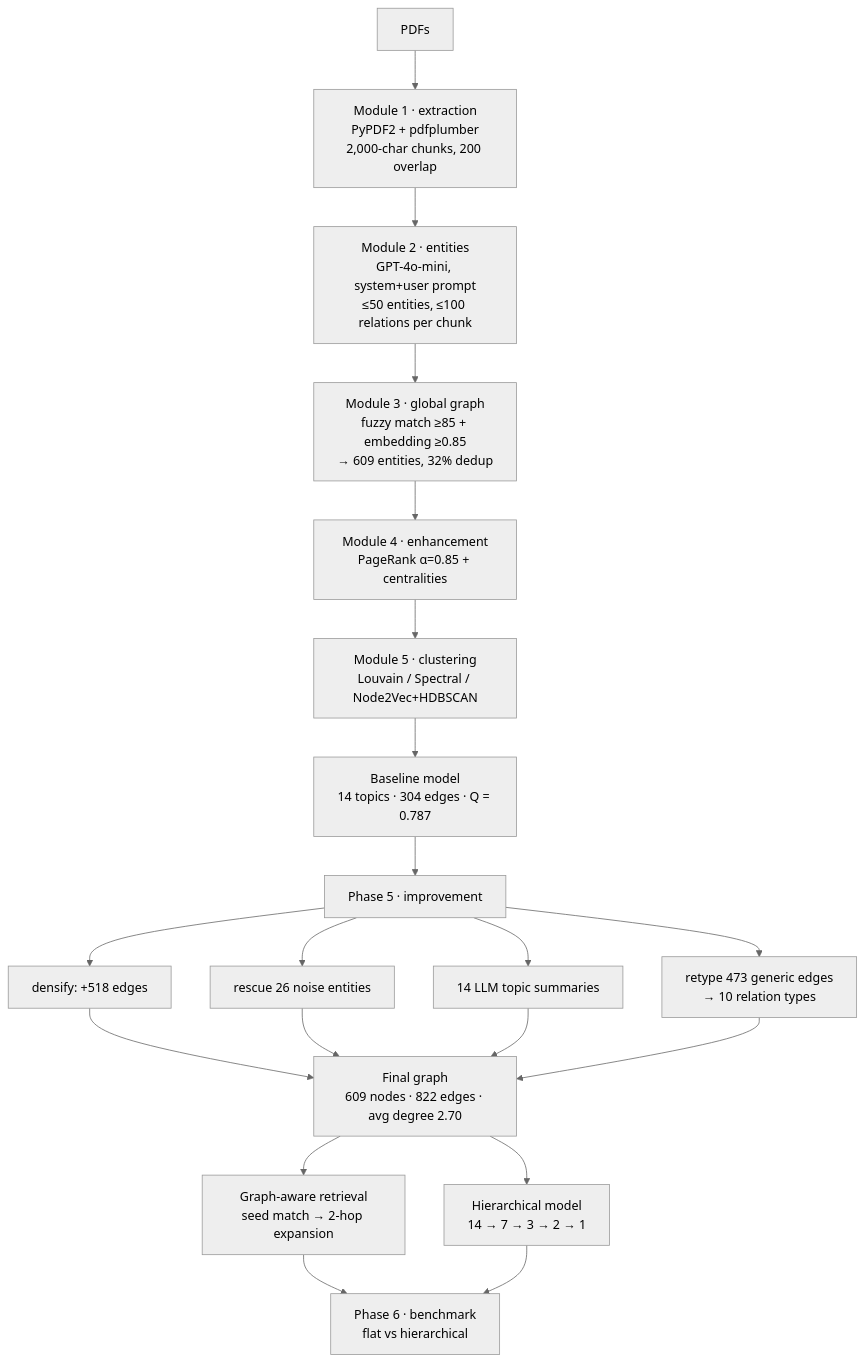
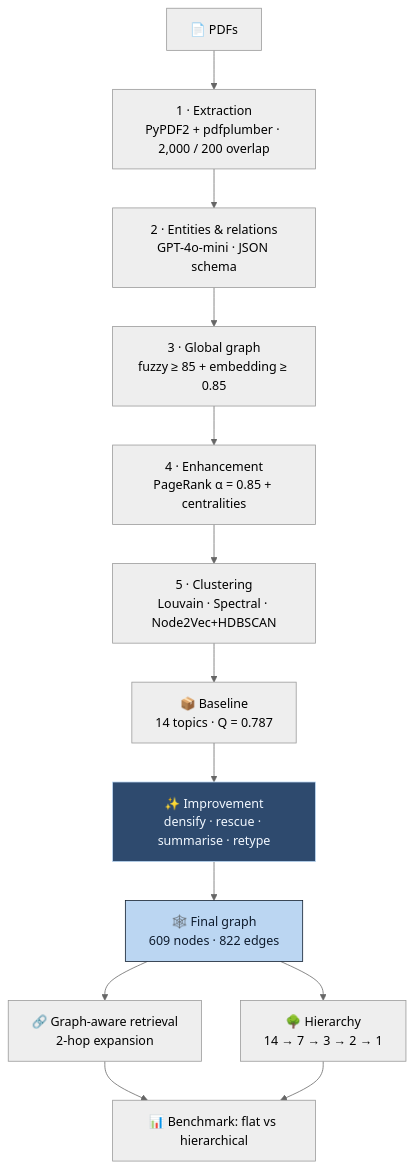
One commit to Vishal-AS-0407/portfolio changed the diagram in gh-readmes/sematic_model_unstructured_data/README.md. Above: the diagram before and after it, drawn with Mermaid (neutral theme). The commit also changed other lines of this file and 62 other files, not shown here.

````diff
--- a/gh-readmes/sematic_model_unstructured_data/README.md
+++ b/gh-readmes/sematic_model_unstructured_data/README.md
@@ -45,20 +88,17 @@
 ```mermaid
-flowchart TB
-    P["PDFs"] --> M1["Module 1 · extraction<br/>PyPDF2 + pdfplumber<br/>2,000-char chunks, 200 overlap"]
-    M1 --> M2["Module 2 · entities<br/>GPT-4o-mini, system+user prompt<br/>≤50 entities, ≤100 relations per chunk"]
-    M2 --> M3["Module 3 · global graph<br/>fuzzy match ≥85 + embedding ≥0.85<br/>→ 609 entities, 32% dedup"]
-    M3 --> M4["Module 4 · enhancement<br/>PageRank α=0.85 + centralities"]
-    M4 --> M5["Module 5 · clustering<br/>Louvain / Spectral / Node2Vec+HDBSCAN"]
-    M5 --> BASE["Baseline model<br/>14 topics · 304 edges · Q = 0.787"]
-
-    BASE --> PH5["Phase 5 · improvement"]
-    PH5 --> I1["densify: +518 edges"]
-    PH5 --> I2["rescue 26 noise entities"]
-    PH5 --> I3["14 LLM topic summaries"]
-    PH5 --> I4["retype 473 generic edges<br/>→ 10 relation types"]
-    I1 & I2 & I3 & I4 --> FINAL["Final graph<br/>609 nodes · 822 edges · avg degree 2.70"]
-
-    FINAL --> R1["Graph-aware retrieval<br/>seed match → 2-hop expansion"]
-    FINAL --> R2["Hierarchical model<br/>14 → 7 → 3 → 2 → 1"]
-    R1 & R2 --> BENCH["Phase 6 · benchmark<br/>flat vs hierarchical"]
+flowchart TD
+    P["📄 PDFs"] --> M1["1 · Extraction<br/>PyPDF2 + pdfplumber · 2,000 / 200 overlap"]
+    M1 --> M2["2 · Entities & relations<br/>GPT-4o-mini · JSON schema"]
+    M2 --> M3["3 · Global graph<br/>fuzzy ≥ 85 + embedding ≥ 0.85"]
+    M3 --> M4["4 · Enhancement<br/>PageRank α = 0.85 + centralities"]
+    M4 --> M5["5 · Clustering<br/>Louvain · Spectral · Node2Vec+HDBSCAN"]
+    M5 --> BASE["📦 Baseline<br/>14 topics · Q = 0.787"]
+    BASE --> PH5["✨ Improvement<br/>densify · rescue · summarise · retype"]
+    PH5 --> FINAL["🕸️ Final graph<br/>609 nodes · 822 edges"]
+    FINAL --> R1["🔗 Graph-aware retrieval<br/>2-hop expansion"]
+    FINAL --> R2["🌳 Hierarchy<br/>14 → 7 → 3 → 2 → 1"]
+    R1 --> BENCH["📊 Benchmark: flat vs hierarchical"]
+    R2 --> BENCH
+    style PH5 fill:#2E4A6E,stroke:#BBD6F2,color:#F2F8FF
+    style FINAL fill:#BBD6F2,stroke:#0E1B2C,color:#0E1B2C
 ```
````
